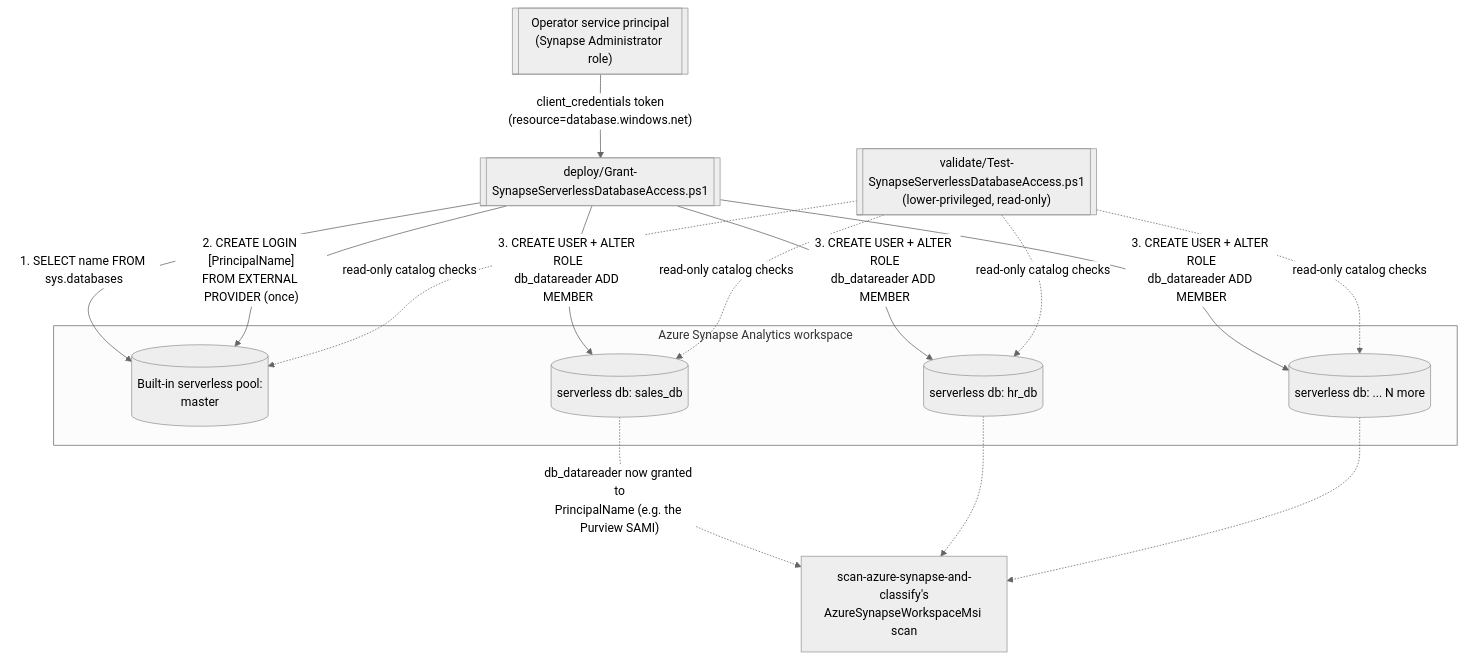
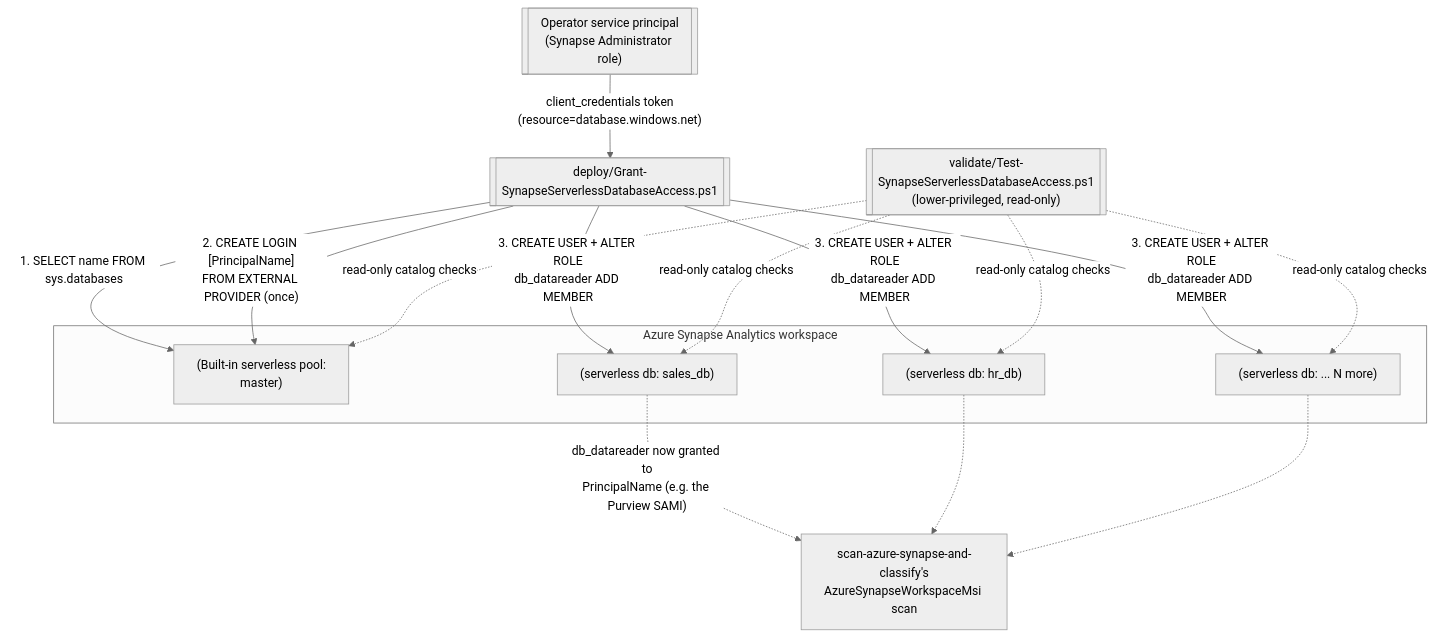
Before and after one commit to kpsec1/kpsec1.github.io: the diagram in src/content/scenarios/data-map/bulk-grant-synapse-serverless-access.md, drawn with Mermaid (neutral theme). The commit also changed 80 other files, not shown here.

First line of the commit message:
Fix Mermaid diagram rendering across all scenarios

````diff
--- a/src/content/scenarios/data-map/bulk-grant-synapse-serverless-access.md
+++ b/src/content/scenarios/data-map/bulk-grant-synapse-serverless-access.md
@@ -59,28 +59,28 @@
 ```mermaid
 flowchart TD
     subgraph SynapseWS["Azure Synapse Analytics workspace"]
-        Master[(Built-in serverless pool:<br/>master)]
-        DB1[(serverless db: sales_db)]
-        DB2[(serverless db: hr_db)]
-        DBn[(serverless db: ... N more)]
+        Master["(Built-in serverless pool:<br/>master)"]
+        DB1["(serverless db: sales_db)"]
+        DB2["(serverless db: hr_db)"]
+        DBn["(serverless db: ... N more)"]
     end
 
     Operator[["Operator service principal<br/>(Synapse Administrator role)"]]
     Deployer[["deploy/Grant-SynapseServerlessDatabaseAccess.ps1"]]
     Validator[["validate/Test-SynapseServerlessDatabaseAccess.ps1<br/>(lower-privileged, read-only)"]]
 
     Operator -- "client_credentials token<br/>(resource=database.windows.net)" --> Deployer
     Deployer -- "1. SELECT name FROM sys.databases" --> Master
     Deployer -- "2. CREATE LOGIN [PrincipalName]<br/>FROM EXTERNAL PROVIDER (once)" --> Master
     Deployer -- "3. CREATE USER + ALTER ROLE<br/>db_datareader ADD MEMBER" --> DB1
     Deployer -- "3. CREATE USER + ALTER ROLE<br/>db_datareader ADD MEMBER" --> DB2
     Deployer -- "3. CREATE USER + ALTER ROLE<br/>db_datareader ADD MEMBER" --> DBn
     Validator -. "read-only catalog checks" .-> Master
     Validator -. "read-only catalog checks" .-> DB1
     Validator -. "read-only catalog checks" .-> DB2
     Validator -. "read-only catalog checks" .-> DBn
 
     DB1 -.->|"db_datareader now granted to<br/>PrincipalName (e.g. the Purview SAMI)"| ParentScan["scan-azure-synapse-and-classify's<br/>AzureSynapseWorkspaceMsi scan"]
     DB2 -.-> ParentScan
     DBn -.-> ParentScan
 ```
````
